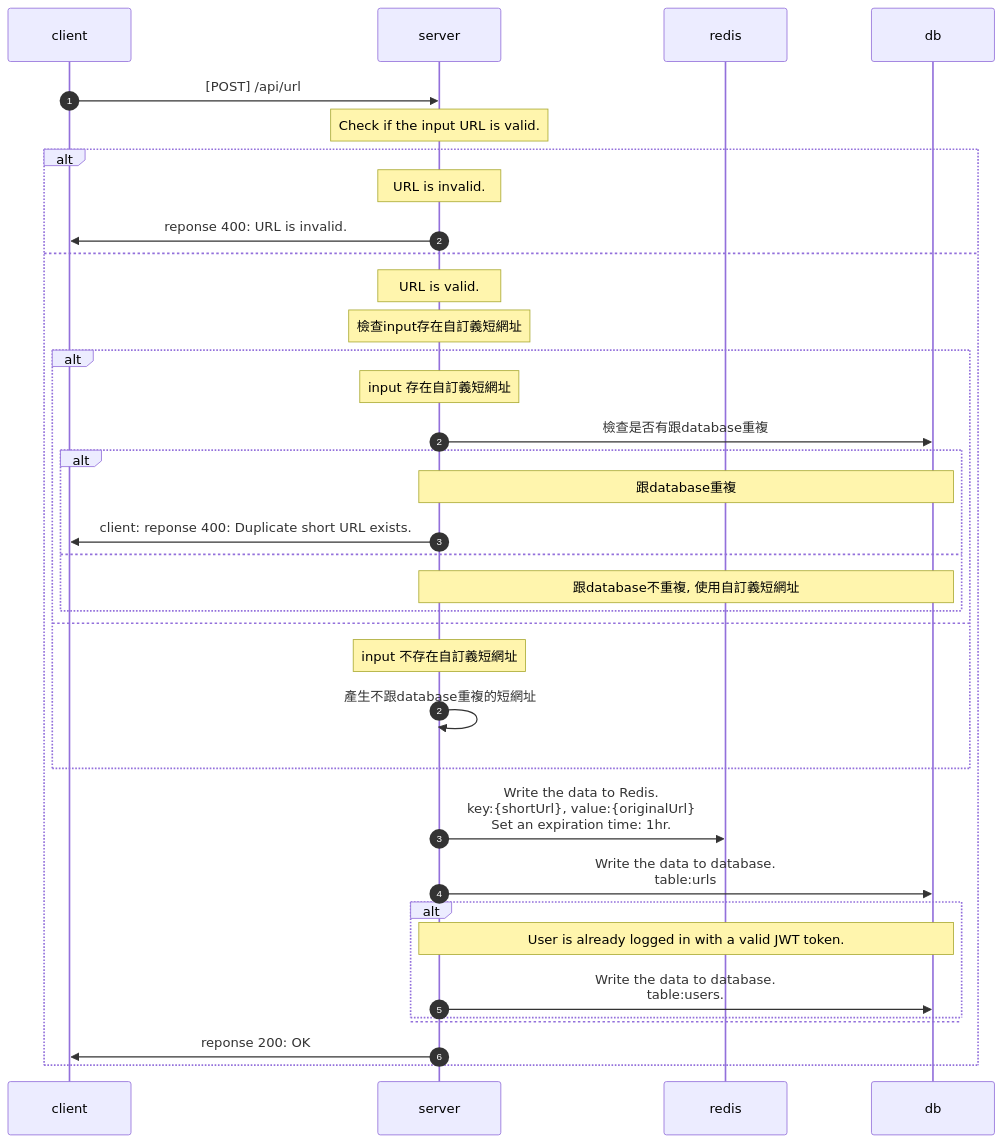
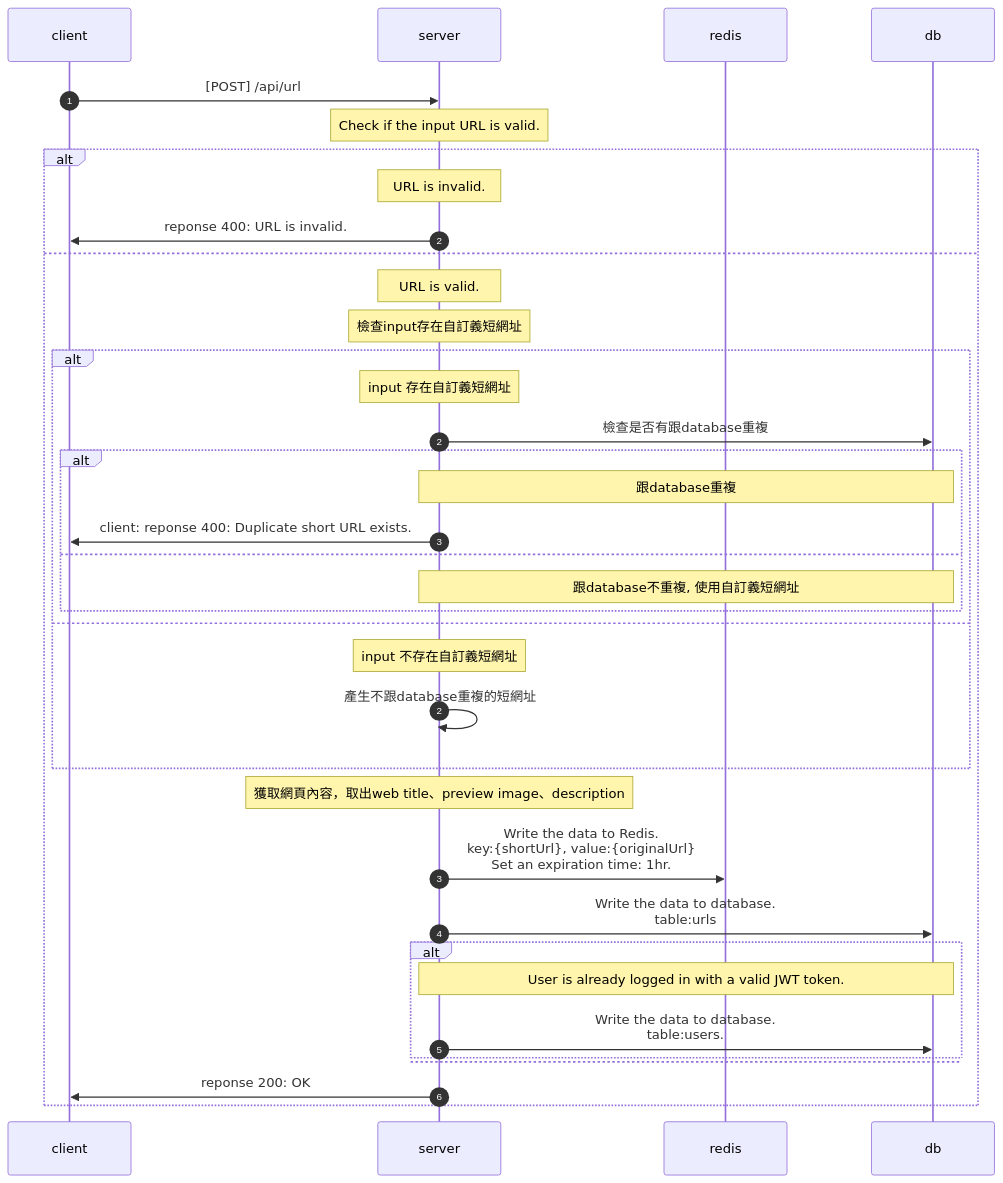
Before and after one commit to yanzzzzzzzzz/short_url_backend: the first of 3 diagrams in docs/api/short_url_api.md, drawn with Mermaid. The commit also changed other lines of this file, not shown here.

````diff
--- a/docs/api/short_url_api.md
+++ b/docs/api/short_url_api.md
@@ -27,43 +30,44 @@
 ```mermaid
 sequenceDiagram
     participant client
     participant server
     participant redis
     participant db
     
     autonumber 1
     client ->> server: [POST] /api/url
     Note over server: Check if the input URL is valid.
     alt
         Note over server: URL is invalid.
         server ->> client: reponse 400: URL is invalid.
     else
         autonumber 2
         Note over server: URL is valid.
         Note over server: 檢查input存在自訂義短網址
         alt 
             Note over server: input 存在自訂義短網址
             server ->> db: 檢查是否有跟database重複
             alt
                 Note over server, db: 跟database重複
                 server ->>client: client: reponse 400: Duplicate short URL exists.
             else 
                 Note over server, db: 跟database不重複, 使用自訂義短網址
             end
         else
         autonumber 2
             Note over server: input 不存在自訂義短網址
             server ->> server: 產生不跟database重複的短網址
         end
 
+        Note over server: 獲取網頁內容，取出web title、preview image、description
         server ->> redis: Write the data to Redis.<br>key:{shortUrl}, value:{originalUrl}<br>Set an expiration time: 1hr.
         server ->> db: Write the data to database.<br>table:urls
         alt 
             Note over server, db: User is already logged in with a valid JWT token.
                     server ->> db: Write the data to database.<br>table:users.
         else
         end
         
         server ->> client: reponse 200: OK
     end
 ```
````
